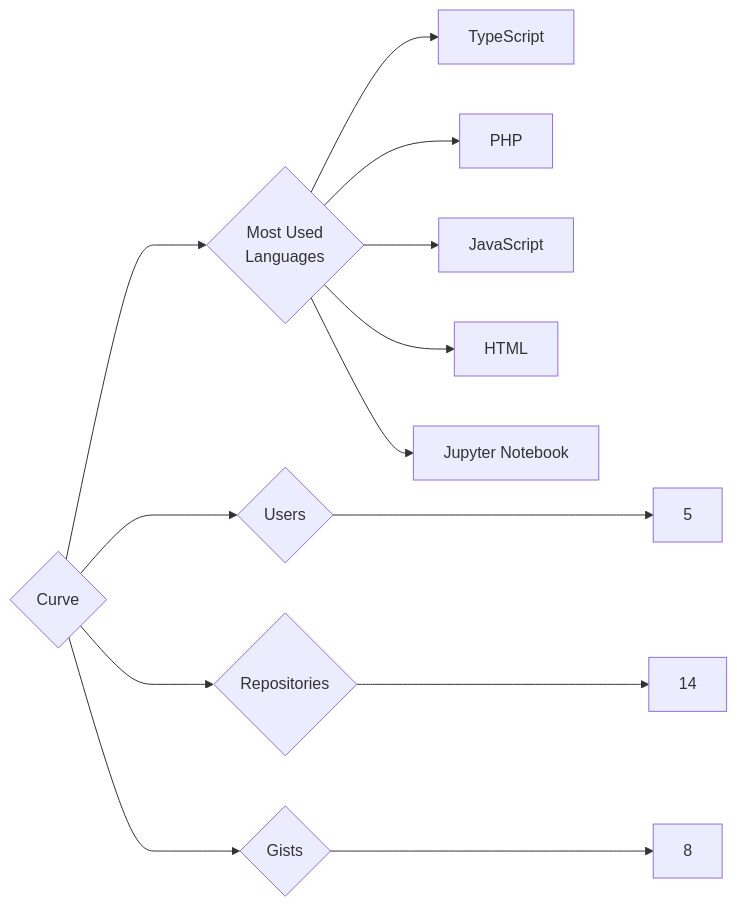
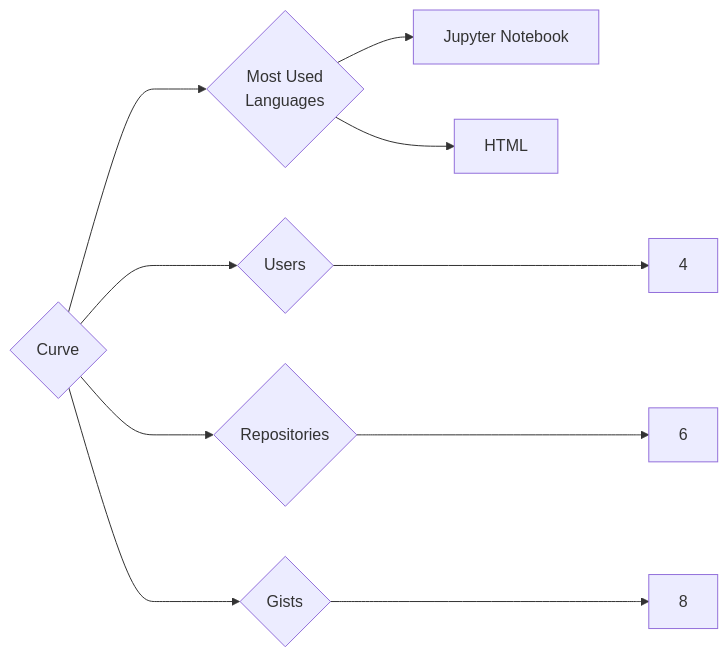
One commit to trickest/insiders changed the diagram in targets/Curve/README.md. Above: the diagram before and after it, drawn with Mermaid. The commit also changed 1007 other files, not shown here.

````diff
--- a/targets/Curve/README.md
+++ b/targets/Curve/README.md
@@ -3,13 +3,10 @@
 ```mermaid
 graph LR
 COMPANY_NAME{Curve}
-COMPANY_NAME ---> U{Users} ---> UN[5]
-COMPANY_NAME ---> R{Repositories} ---> RN[14]
+COMPANY_NAME ---> U{Users} ---> UN[4]
+COMPANY_NAME ---> R{Repositories} ---> RN[6]
 COMPANY_NAME ---> G{Gists} ---> GN[8]
 COMPANY_NAME ---> ML{Most Used<br>Languages}
-ML --> TypeScript[TypeScript]
-ML --> PHP[PHP]
-ML --> JavaScript[JavaScript]
+ML --> Jupyter_Notebook[Jupyter Notebook]
 ML --> HTML[HTML]
-ML --> Jupyter_Notebook[Jupyter Notebook]
 ```
````
